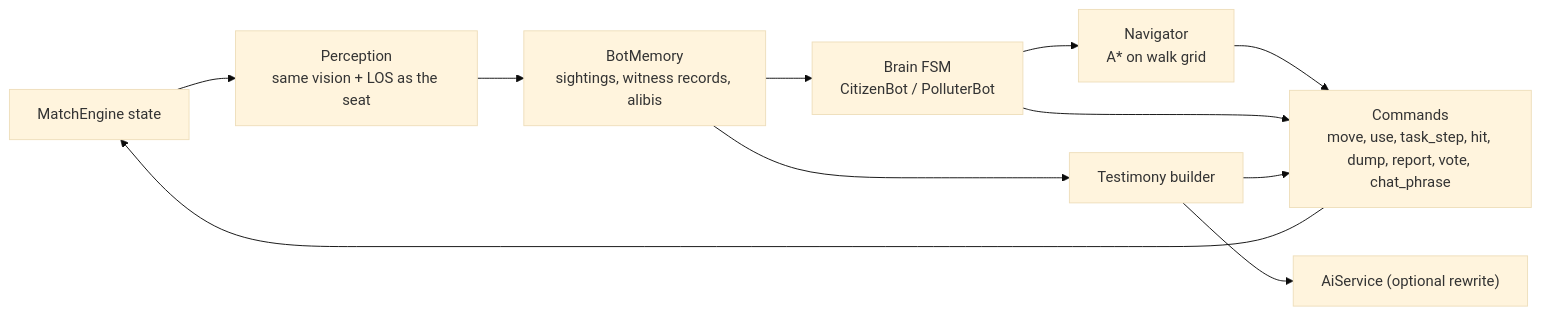
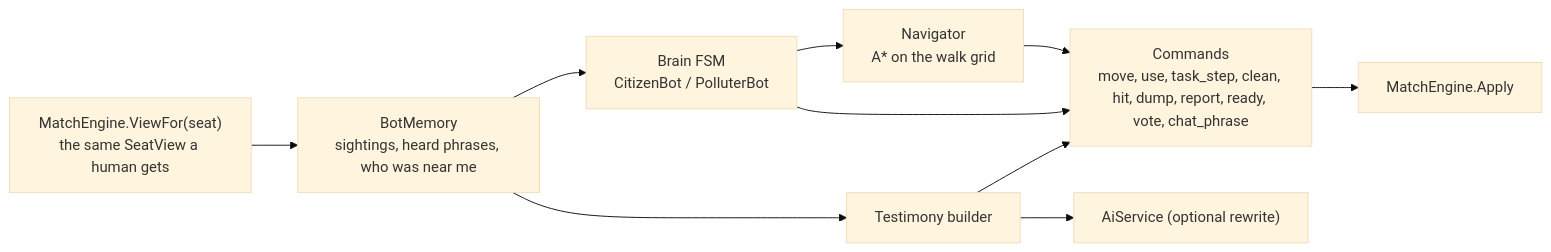
The first of 5 diagrams in docs/architecture/06-bots-and-ai.md (Faouzi-Blibech/EcoSus-Uncycled), drawn with Mermaid (base theme) before and after one commit. The commit also changed other lines of this file and 11 other files, not shown here.

Commit message:
docs: second design review (2026-11-14) for the architecture views and the design spec

````diff
--- a/docs/architecture/06-bots-and-ai.md
+++ b/docs/architecture/06-bots-and-ai.md
@@ -9,13 +13,12 @@
 ```mermaid
 flowchart LR
-    eng["MatchEngine state"] --> perc["Perception<br/>same vision + LOS as the seat"]
-    perc --> mem["BotMemory<br/>sightings, witness records, alibis"]
+    eng["MatchEngine.ViewFor(seat)<br/>the same SeatView a human gets"] --> mem["BotMemory<br/>sightings, heard phrases, who was near me"]
     mem --> brain["Brain FSM<br/>CitizenBot / PolluterBot"]
-    brain --> nav["Navigator<br/>A* on walk grid"]
-    nav --> cmds["Commands<br/>move, use, task_step, hit, dump, report, vote, chat_phrase"]
+    brain --> nav["Navigator<br/>A* on the walk grid"]
+    nav --> cmds["Commands<br/>move, use, task_step, clean, hit, dump, report, ready, vote, chat_phrase"]
     brain --> cmds
     mem --> testi["Testimony builder"]
     testi --> ai["AiService (optional rewrite)"]
     testi --> cmds
-    cmds --> eng
+    cmds --> eng2["MatchEngine.Apply"]
 ```
````
